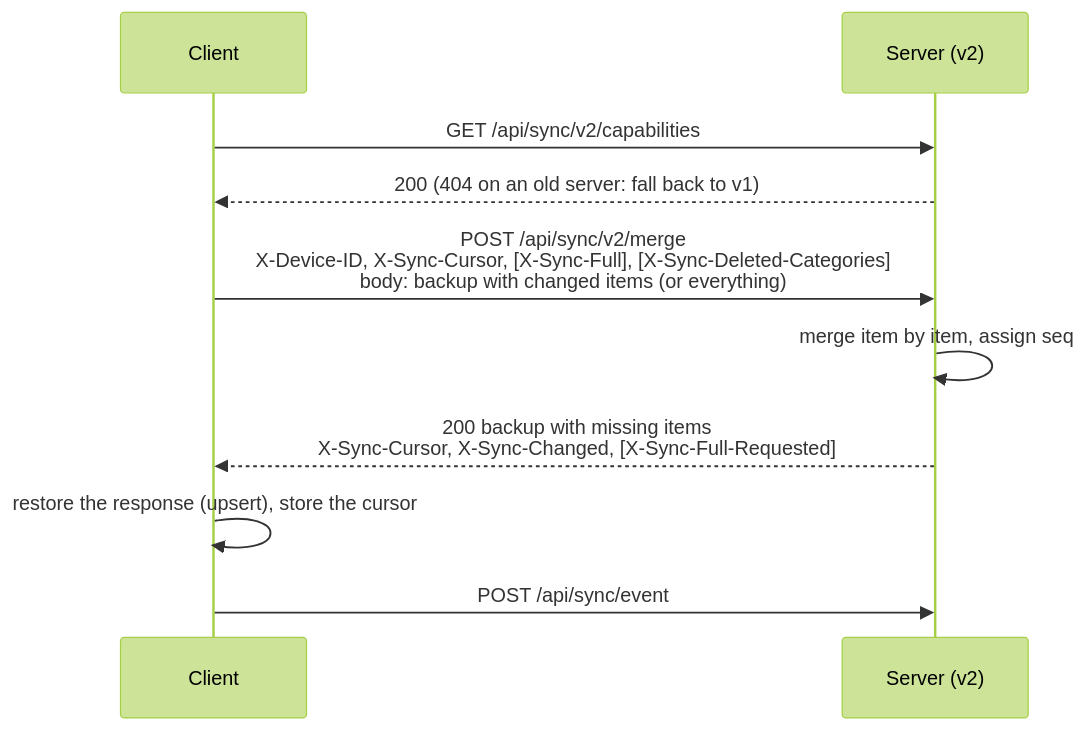
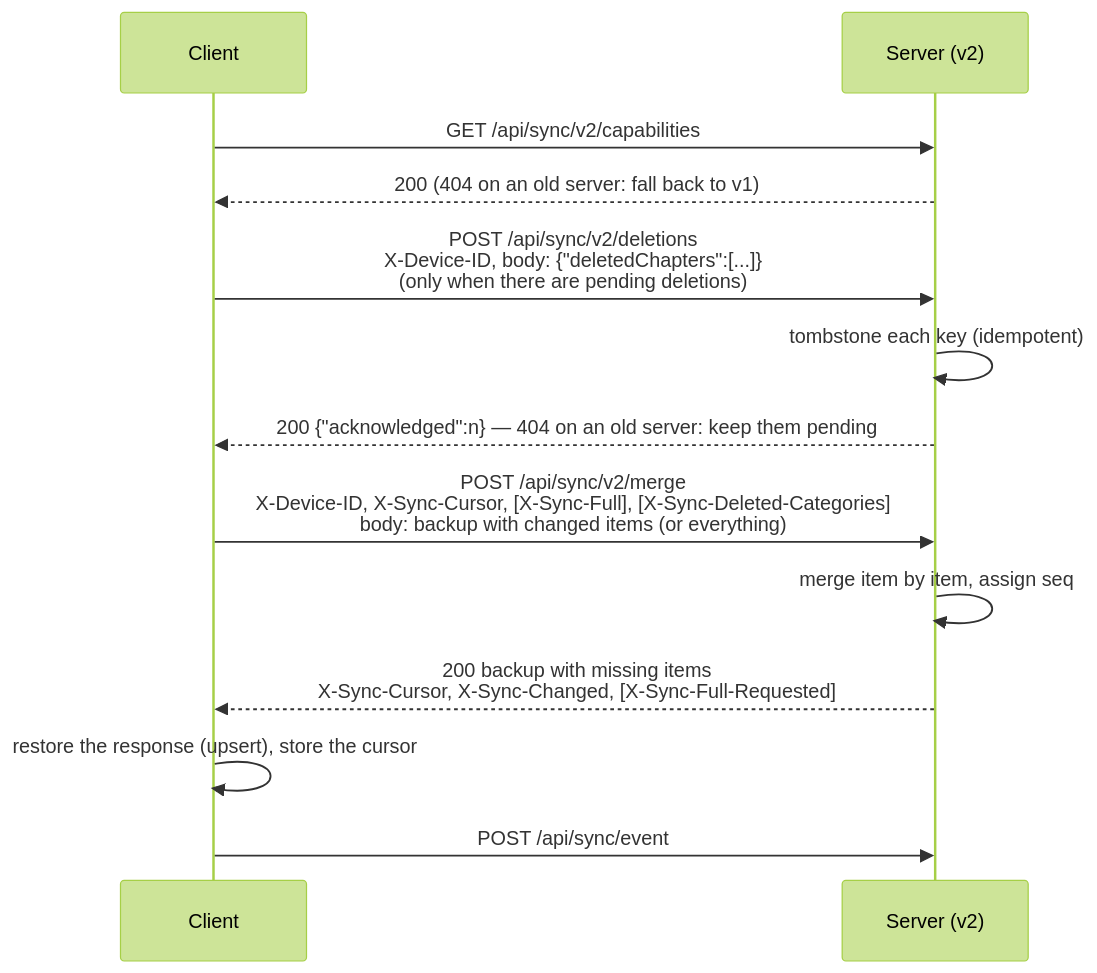
Before and after one commit to syncyomi/syncyomi: the second of 3 diagrams in docs/sync-protocol-v2.md, drawn with Mermaid (forest theme). The commit also changed other lines of this file and 17 other files, not shown here.

````diff
--- a/docs/sync-protocol-v2.md
+++ b/docs/sync-protocol-v2.md
@@ -34,12 +34,15 @@
 ```mermaid
 sequenceDiagram
     participant C as Client
     participant S as Server (v2)
     C->>S: GET /api/sync/v2/capabilities
     S-->>C: 200 (404 on an old server: fall back to v1)
+    C->>S: POST /api/sync/v2/deletions<br/>X-Device-ID, body: {"deletedChapters":[...]}<br/>(only when there are pending deletions)
+    S->>S: tombstone each key (idempotent)
+    S-->>C: 200 {"acknowledged":n} — 404 on an old server: keep them pending
     C->>S: POST /api/sync/v2/merge<br/>X-Device-ID, X-Sync-Cursor, [X-Sync-Full], [X-Sync-Deleted-Categories]<br/>body: backup with changed items (or everything)
     S->>S: merge item by item, assign seq
     S-->>C: 200 backup with missing items<br/>X-Sync-Cursor, X-Sync-Changed, [X-Sync-Full-Requested]
     C->>C: restore the response (upsert), store the cursor
     C->>S: POST /api/sync/event
 ```
````
